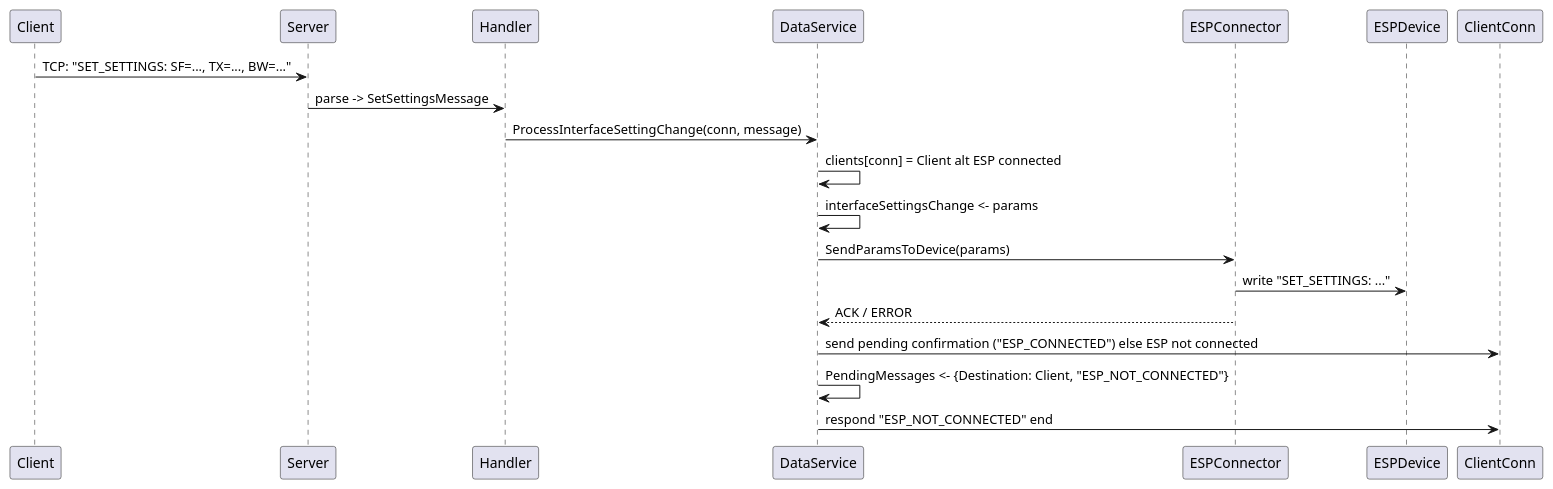
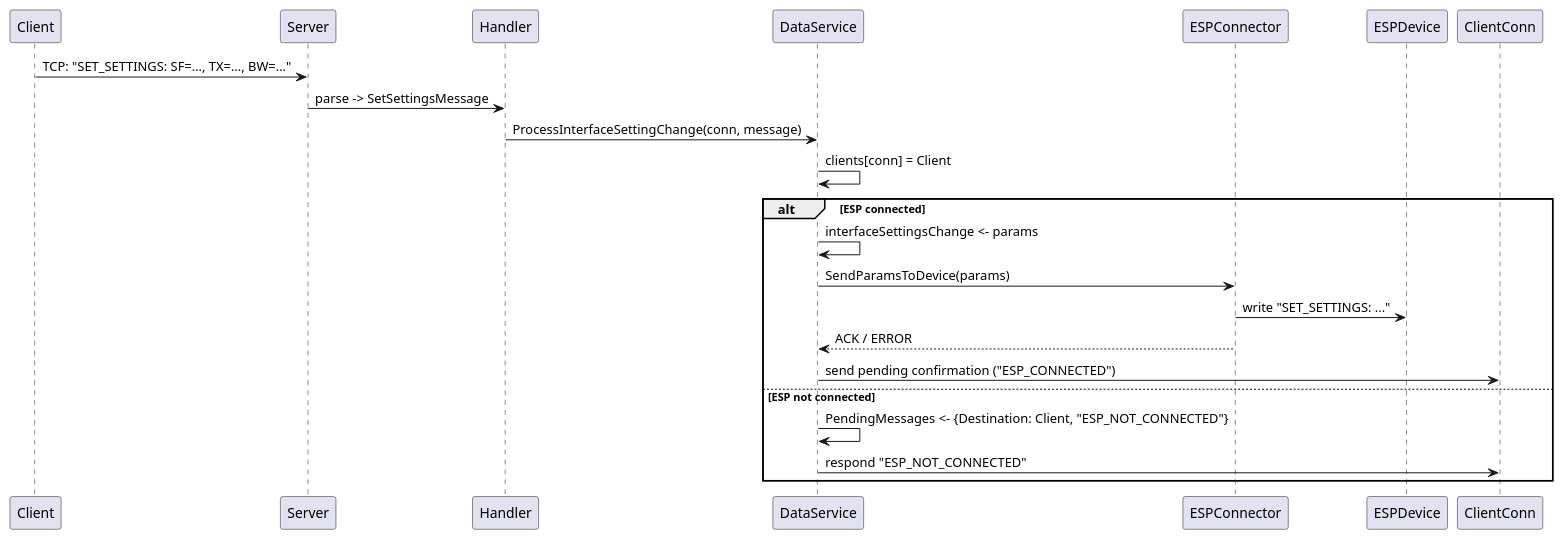
One commit to RedBlackHoodie/GsmLoraServer changed the diagram in doc/sset.puml. Above: the diagram before and after it, drawn with PlantUML. The commit also changed 5 other files, not shown here.

```diff
--- a/doc/sset.puml
+++ b/doc/sset.puml
@@ -1,14 +1,17 @@
 @startuml title Client SET_SETTINGS flow actor Client participant "Server (net layer)" as Server participant "MessageHandler" as Handler participant "DataService" as DataService participant "ESPConnector" as ESPConnector participant "ClientConn" as ClientConn
 
 Client -> Server: TCP: "SET_SETTINGS: SF=..., TX=..., BW=..."
 Server -> Handler: parse -> SetSettingsMessage
 Handler -> DataService: ProcessInterfaceSettingChange(conn, message)
-DataService -> DataService: clients[conn] = Client alt ESP connected
+DataService -> DataService: clients[conn] = Client
+alt ESP connected
 DataService -> DataService: interfaceSettingsChange <- params
 DataService -> ESPConnector: SendParamsToDevice(params)
 ESPConnector -> ESPDevice: write "SET_SETTINGS: ..."
 ESPConnector --> DataService: ACK / ERROR
-DataService -> ClientConn: send pending confirmation ("ESP_CONNECTED") else ESP not connected
+DataService -> ClientConn: send pending confirmation ("ESP_CONNECTED")
+else ESP not connected
 DataService -> DataService: PendingMessages <- {Destination: Client, "ESP_NOT_CONNECTED"}
-DataService -> ClientConn: respond "ESP_NOT_CONNECTED" end
+DataService -> ClientConn: respond "ESP_NOT_CONNECTED"
+end
 @enduml
```
